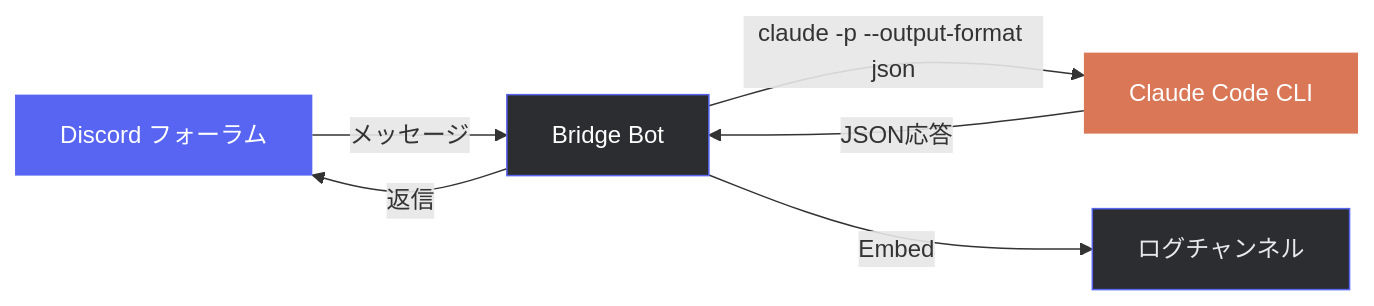
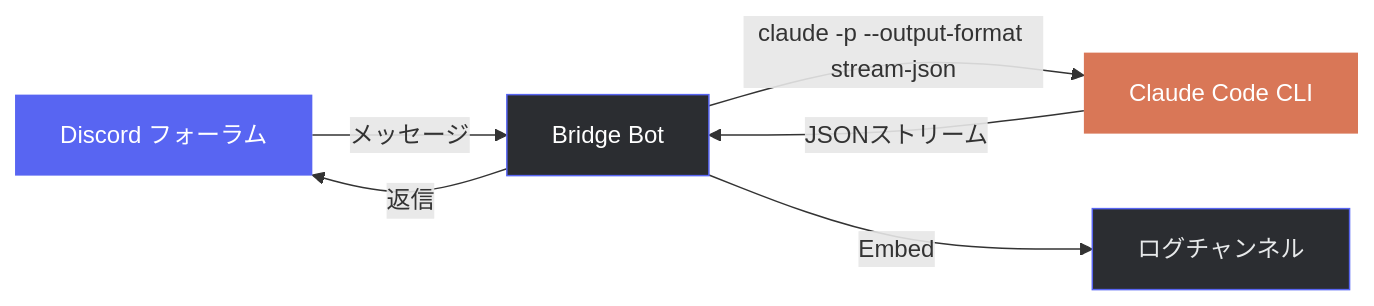
The first of 2 diagrams in README.md (s925s/discord-claude-bridge), drawn with Mermaid before and after one commit. The commit also changed other lines of this file and 7 other files, not shown here.

````diff
--- a/README.md
+++ b/README.md
@@ -24,13 +24,13 @@
 ```mermaid
 graph LR
     A["Discord フォーラム"] -->|メッセージ| B["Bridge Bot"]
-    B -->|"claude -p --output-format json"| C["Claude Code CLI"]
-    C -->|JSON応答| B
+    B -->|"claude -p --output-format stream-json"| C["Claude Code CLI"]
+    C -->|JSONストリーム| B
     B -->|返信| A
     B -->|Embed| D["ログチャンネル"]
 
     style A fill:#5865F2,color:#fff,stroke:none
     style B fill:#2b2d31,color:#fff,stroke:#5865F2
     style C fill:#D97757,color:#fff,stroke:none
     style D fill:#2b2d31,color:#e7e9ea,stroke:#5865F2
 ```
````
